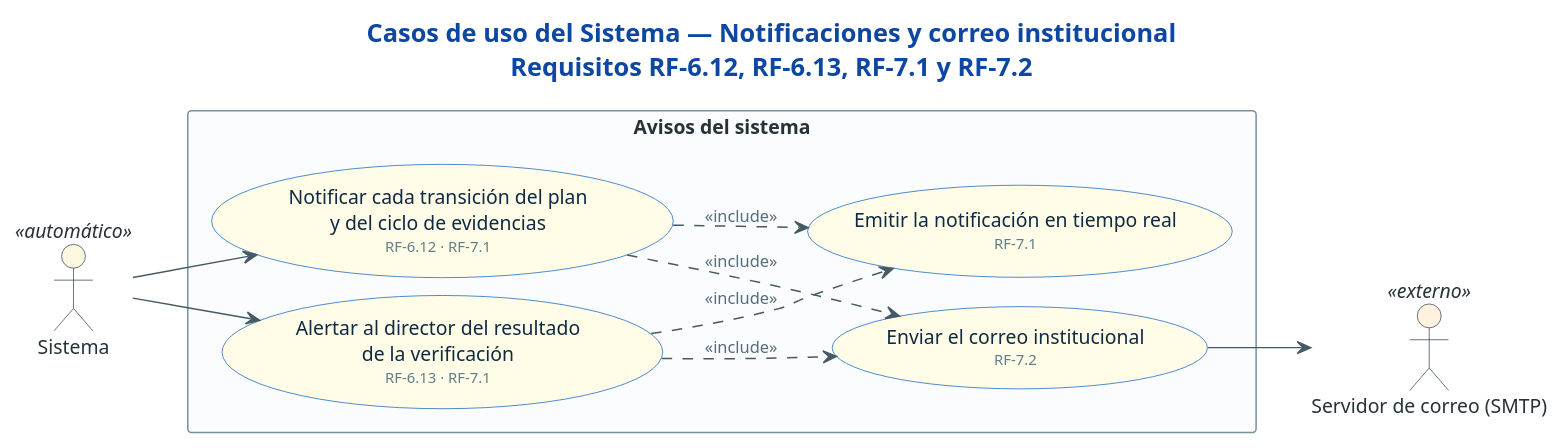
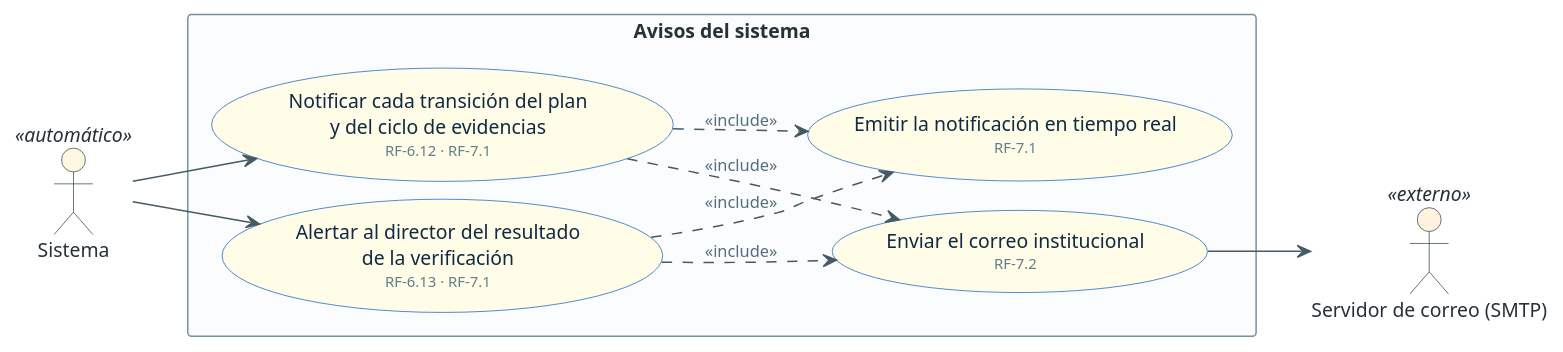
Before and after one commit to sistema-evaluacion-docente/api.evd: the diagram in docs/casos-de-uso/19-sistema-avisos-y-correo.puml, drawn with PlantUML. The commit also changed 44 other files, not shown here.

First line of the commit message:
feat: add script to render use case diagrams to PDF

```diff
--- a/docs/casos-de-uso/19-sistema-avisos-y-correo.puml
+++ b/docs/casos-de-uso/19-sistema-avisos-y-correo.puml
@@ -1,58 +1,56 @@
 @startuml cu-19-sistema-avisos-y-correo
 ' =============================================================================
 ' Sistema de Evaluación Docente (SET) — UFPS
 ' Fuente: Tabla 36 (actores) y Tabla 37 (requisitos funcionales) del documento de
 '         tesis, con la implementación de DistilUmbert-back y DistilUmbert-front.
 ' =============================================================================
-title Casos de uso del Sistema — Notificaciones y correo institucional\nRequisitos RF-6.12, RF-6.13, RF-7.1 y RF-7.2
-
 left to right direction
 
 skinparam backgroundColor #FFFFFF
 skinparam shadowing false
 skinparam defaultFontSize 13
 skinparam TitleFontSize 17
 skinparam TitleFontColor #0D47A1
 skinparam ArrowColor #455A64
 skinparam ArrowFontColor #546E7A
 skinparam ArrowFontSize 11
 skinparam nodesep 12
 skinparam ranksep 40
 skinparam actor {
   BackgroundColor #ECEFF1
   BorderColor #37474F
   FontColor #263238
 }
 skinparam usecase {
   BackgroundColor #E3F2FD
   BorderColor #1565C0
   FontColor #102A43
 }
 skinparam rectangle {
   BackgroundColor #FAFCFD
   BorderColor #78909C
   FontColor #263238
   FontStyle bold
 }
 
 actor "Sistema" as SYS <<automático>> #FFF8E1
 actor "Servidor de correo (SMTP)" as SMTP <<externo>> #FFF3E0
 
 rectangle "Avisos del sistema" {
   usecase "Notificar cada transición del plan\ny del ciclo de evidencias\n<size:10><color:#607D8B>RF-6.12 · RF-7.1</color></size>" as S29 #FFFDE7
   usecase "Alertar al director del resultado\nde la verificación\n<size:10><color:#607D8B>RF-6.13 · RF-7.1</color></size>" as S30 #FFFDE7
   usecase "Enviar el correo institucional\n<size:10><color:#607D8B>RF-7.2</color></size>" as S31 #FFFDE7
   usecase "Emitir la notificación en tiempo real\n<size:10><color:#607D8B>RF-7.1</color></size>" as S32 #FFFDE7
 }
 
 SYS --> S29
 SYS --> S30
 
 S29 ..> S31 : <<include>>
 S29 ..> S32 : <<include>>
 S30 ..> S31 : <<include>>
 S30 ..> S32 : <<include>>
 
 S31 --> SMTP
 
 @enduml
```
